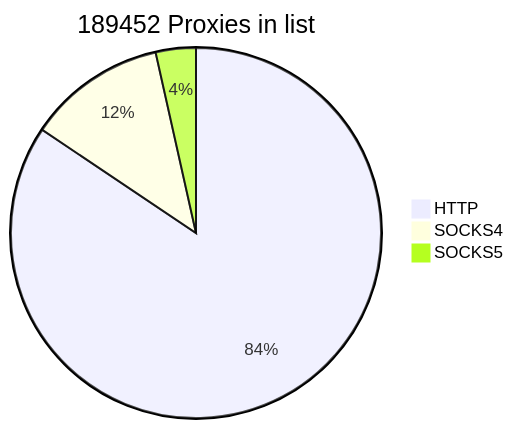
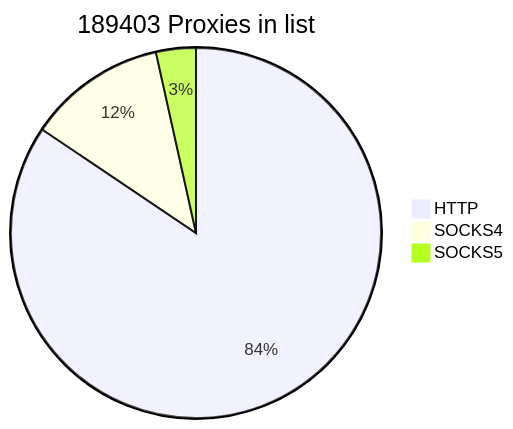
The first of 2 diagrams in README.md (cutipu/proxylist), drawn with Mermaid before and after one commit. The commit also changed other lines of this file, not shown here.

````diff
--- a/README.md
+++ b/README.md
@@ -2,7 +2,7 @@
 ```mermaid
-pie title 189452 Proxies in list
-    "HTTP" : 159907
+pie title 189403 Proxies in list
+    "HTTP" : 159909
     "SOCKS4" : 22911
-    "SOCKS5" : 6634
+    "SOCKS5" : 6583
             
 ```
````
